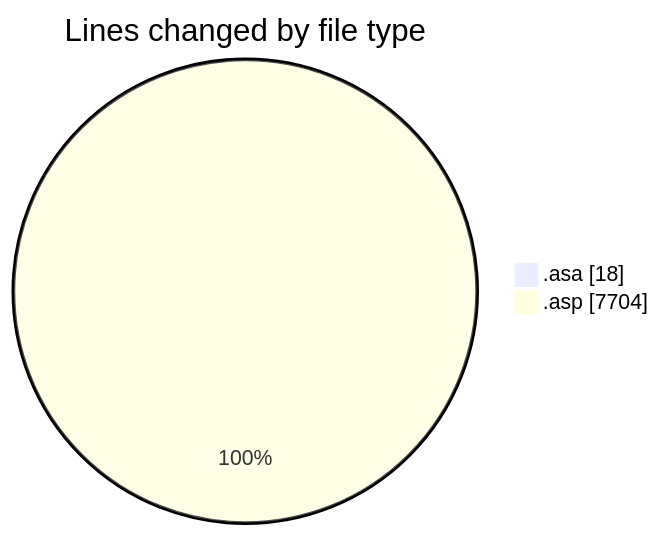
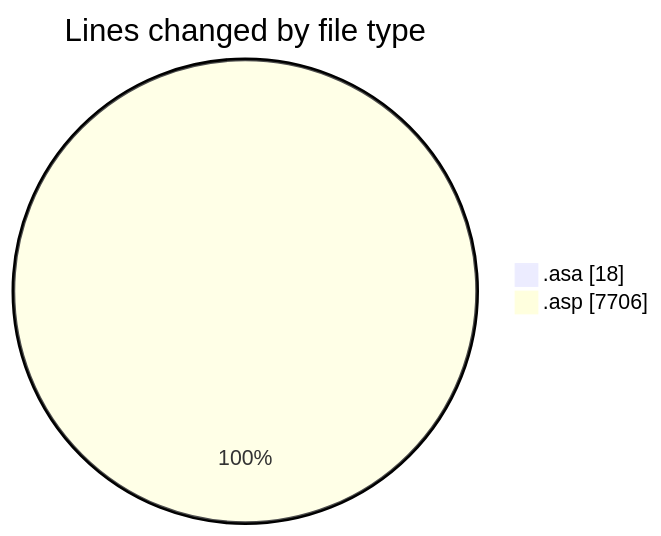
The first of 2 diagrams in 2025-11-06/usr_aleoudev_fr__workspace_/README.md (julien-gomy/code-tracking), drawn with Mermaid before and after one commit. The commit also changed other lines of this file and 1 other file, not shown here.

````diff
--- a/2025-11-06/usr_aleoudev_fr__workspace_/README.md
+++ b/2025-11-06/usr_aleoudev_fr__workspace_/README.md
@@ -24,6 +24,6 @@
 ```mermaid
 pie showData
 title Lines changed by file type
 ".asa" : 18
-".asp" : 7704
+".asp" : 7706
 ```
````
